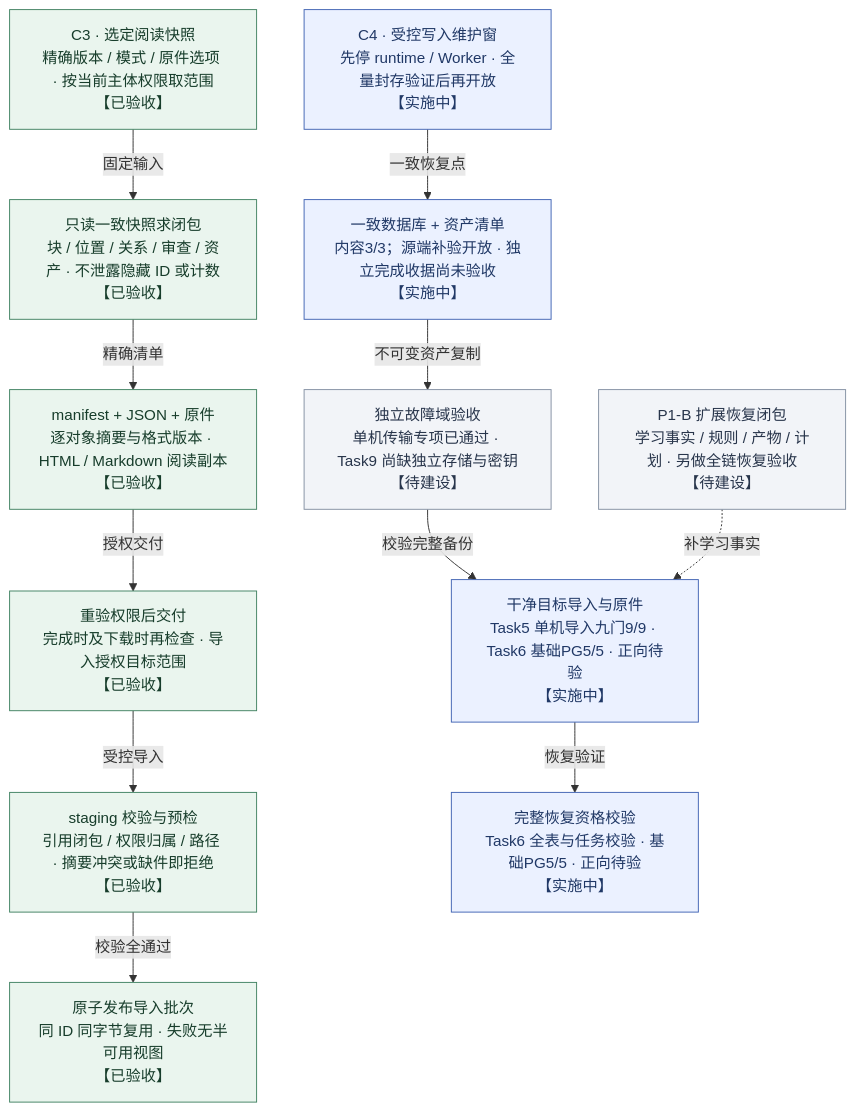
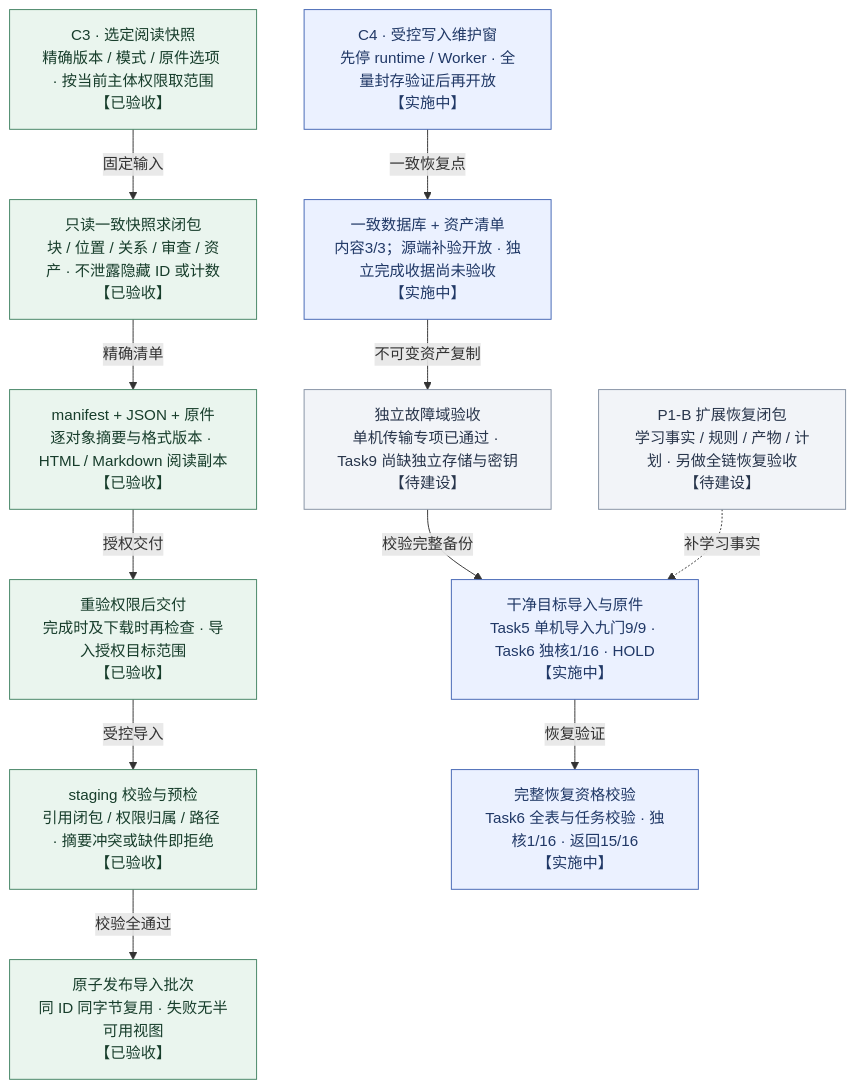
The diagram in docs/diagrams/knowweave-portability.mmd (MansurnamedZhang/learning-system-p0c4), drawn with Mermaid before and after one commit. The commit also changed 8 other files, not shown here.

```diff
--- a/docs/diagrams/knowweave-portability.mmd
+++ b/docs/diagrams/knowweave-portability.mmd
@@ -1,30 +1,30 @@
 flowchart TB
     view["C3 · 选定阅读快照<br/>精确版本 / 模式 / 原件选项 · 按当前主体权限取范围<br/>【已验收】"]
     closure["只读一致快照求闭包<br/>块 / 位置 / 关系 / 审查 / 资产 · 不泄露隐藏 ID 或计数<br/>【已验收】"]
     bundle["manifest + JSON + 原件<br/>逐对象摘要与格式版本 · HTML / Markdown 阅读副本<br/>【已验收】"]
     visible["原子发布导入批次<br/>同 ID 同字节复用 · 失败无半可用视图<br/>【已验收】"]
     preflight["staging 校验与预检<br/>引用闭包 / 权限归属 / 路径 · 摘要冲突或缺件即拒绝<br/>【已验收】"]
     delivery["重验权限后交付<br/>完成时及下载时再检查 · 导入授权目标范围<br/>【已验收】"]
     pause["C4 · 受控写入维护窗<br/>先停 runtime / Worker · 全量封存验证后再开放<br/>【实施中】"]
     backup["一致数据库 + 资产清单<br/>内容3/3；源端补验开放 · 独立完成收据尚未验收<br/>【实施中】"]
     copy["独立故障域验收<br/>单机传输专项已通过 · Task9 尚缺独立存储与密钥<br/>【待建设】"]
-    check["完整恢复资格校验<br/>Task6 全表与任务校验 · 基础PG5/5 · 正向待验<br/>【实施中】"]
-    restore["干净目标导入与原件<br/>Task5 单机导入九门9/9 · Task6 基础PG5/5 · 正向待验<br/>【实施中】"]
+    check["完整恢复资格校验<br/>Task6 全表与任务校验 · 独核1/16 · 返回15/16<br/>【实施中】"]
+    restore["干净目标导入与原件<br/>Task5 单机导入九门9/9 · Task6 独核1/16 · HOLD<br/>【实施中】"]
     future["P1-B 扩展恢复闭包<br/>学习事实 / 规则 / 产物 / 计划 · 另做全链恢复验收<br/>【待建设】"]
     view -- "固定输入" --> closure
     closure -- "精确清单" --> bundle
     bundle -- "授权交付" --> delivery
     delivery -- "受控导入" --> preflight
     preflight -- "校验全通过" --> visible
     pause -- "一致恢复点" --> backup
     backup -- "不可变资产复制" --> copy
     copy -- "校验完整备份" --> restore
     restore -- "恢复验证" --> check
     future -. "补学习事实" .-> restore
     class view,closure,bundle,visible,preflight,delivery done
     class pause,backup,check,restore next
     class copy,future planned
     classDef done fill:#eaf5ee,stroke:#438363,color:#173d2b
     classDef next fill:#ebf1ff,stroke:#4365b4,color:#203866
     classDef planned fill:#f2f4f8,stroke:#8591a3,color:#28354b
     classDef optional fill:#f3ecfb,stroke:#9271b0,color:#4a3362
```
